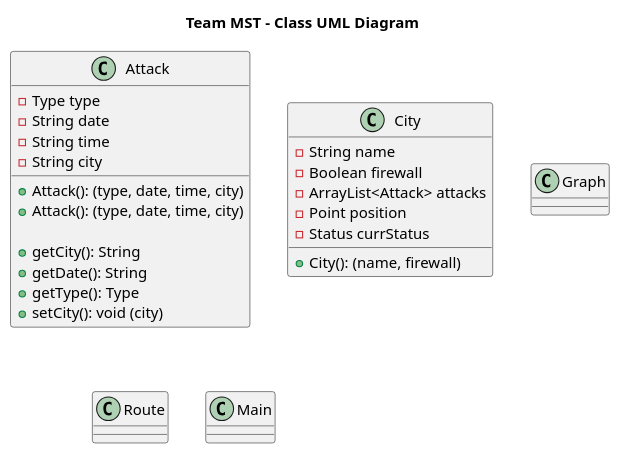
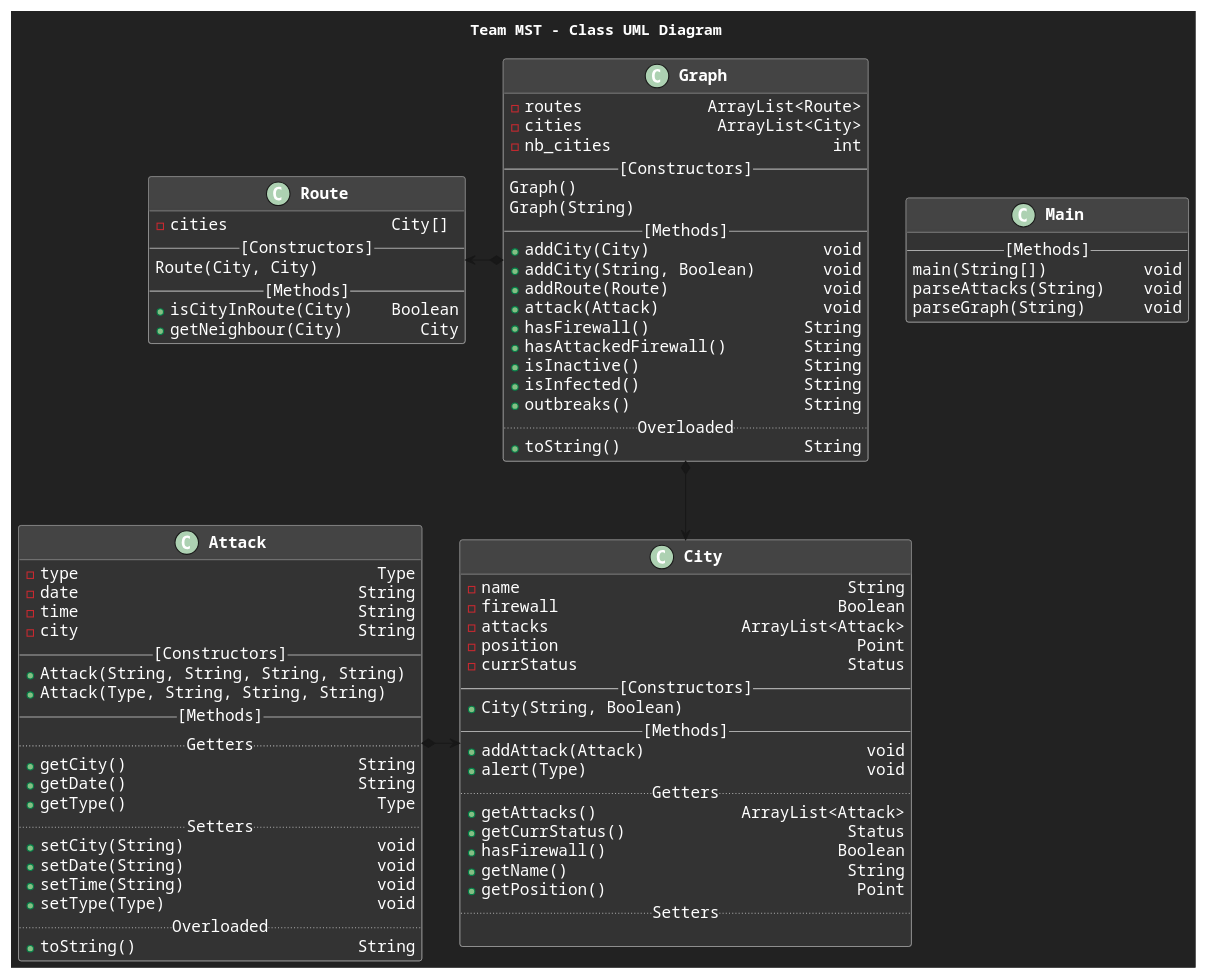
One commit to FusionStreak/MST_TermProject changed the diagram in structure.puml. Above: the diagram before and after it, drawn with PlantUML.

```diff
--- a/structure.puml
+++ b/structure.puml
@@ -1,41 +1,104 @@
 @startuml
+
+skinparam{
+    backgroundColor 222222
+    defaultFontName Courier
+    defaultFontColor white
+
+    ClassBackgroundColor 333333
+    ClassBorderColor AAAAAA
+    ClassHeaderBackgroundColor 444444
+    ClassFontSize 17
+    ClassFontStyle bold
+    ClassAttributeFontSize 15
+
+    lineType orthogonal
+}
 
 title Team MST - Class UML Diagram
 
 
 class Attack {
-  -Type type
-  -String date
-  -String time
-  -String city
-
-  +Attack(): (type, date, time, city)
-  +Attack(): (type, date, time, city)
-
-  +getCity(): String
-  +getDate(): String
-  +getType(): Type
-  +setCity(): void (city)
+  -type                               Type
+  -date                             String
+  -time                             String
+  -city                             String
+  --[Constructors]--
+  +Attack(String, String, String, String)
+  +Attack(Type, String, String, String)
+  --[Methods]--
+  ..Getters..
+  +getCity()                        String
+  +getDate()                        String
+  +getType()                          Type
+  ..Setters..
+  +setCity(String)                    void
+  +setDate(String)                    void
+  +setTime(String)                    void
+  +setType(Type)                      void
+  ..Overloaded..
+  +toString()                       String
 }
 
 class City {
--String name
--Boolean firewall
--ArrayList<Attack> attacks
--Point position
--Status currStatus
+-name                                  String
+-firewall                             Boolean
+-attacks                    ArrayList<Attack>
+-position                               Point
+-currStatus                            Status
+--[Constructors]--
++City(String, Boolean)
+--[Methods]--
++addAttack(Attack)                       void
++alert(Type)                             void
+..Getters..
++getAttacks()               ArrayList<Attack>
++getCurrStatus()                       Status
++hasFirewall()                        Boolean
++getName()                             String
++getPosition()                          Point
+..Setters..
 
-+City(): (name, firewall)
 }
 
 class Graph {
-
+-routes             ArrayList<Route>
+-cities              ArrayList<City>
+-nb_cities                       int
+--[Constructors]--
+Graph()
+Graph(String)
+--[Methods]--
++addCity(City)                  void
++addCity(String, Boolean)       void
++addRoute(Route)                void
++attack(Attack)                 void
++hasFirewall()                String
++hasAttackedFirewall()        String
++isInactive()                 String
++isInfected()                 String
++outbreaks()                  String
+..Overloaded..
++toString()                   String
 }
 
 class Route {
-
+-cities                 City[]
+--[Constructors]--
+Route(City, City)
+--[Methods]--
++isCityInRoute(City)    Boolean
++getNeighbour(City)        City
 }
 
 class Main {
+--[Methods]--
+main(String[])          void
+parseAttacks(String)    void
+parseGraph(String)      void
 }
+
+City <--l--* Attack
+Graph *--> City
+Graph *-l-> Route
 @enduml
```
